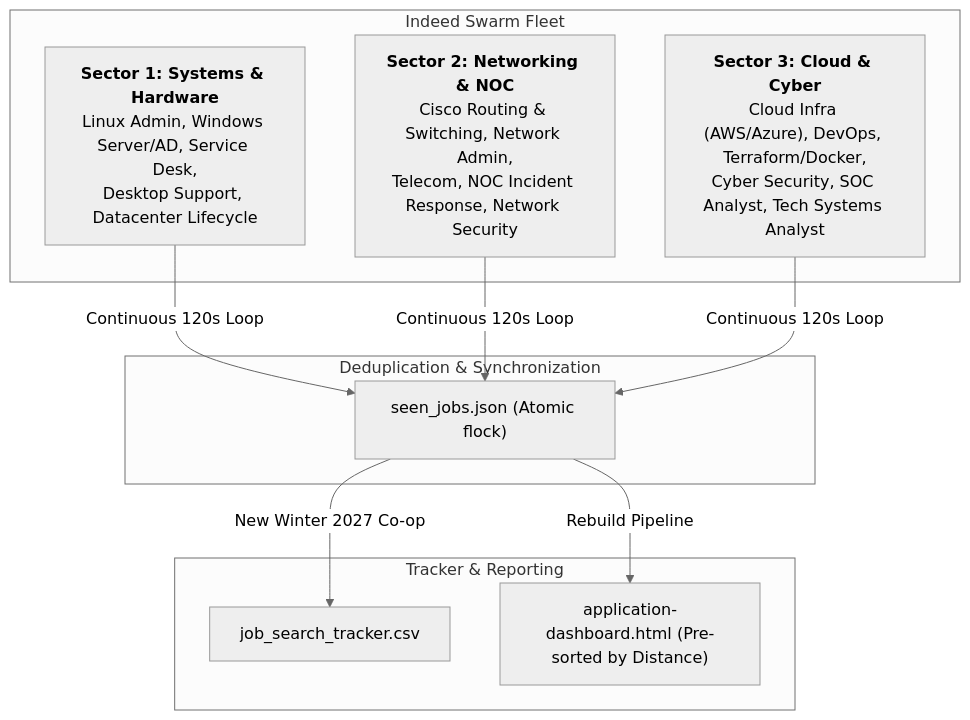
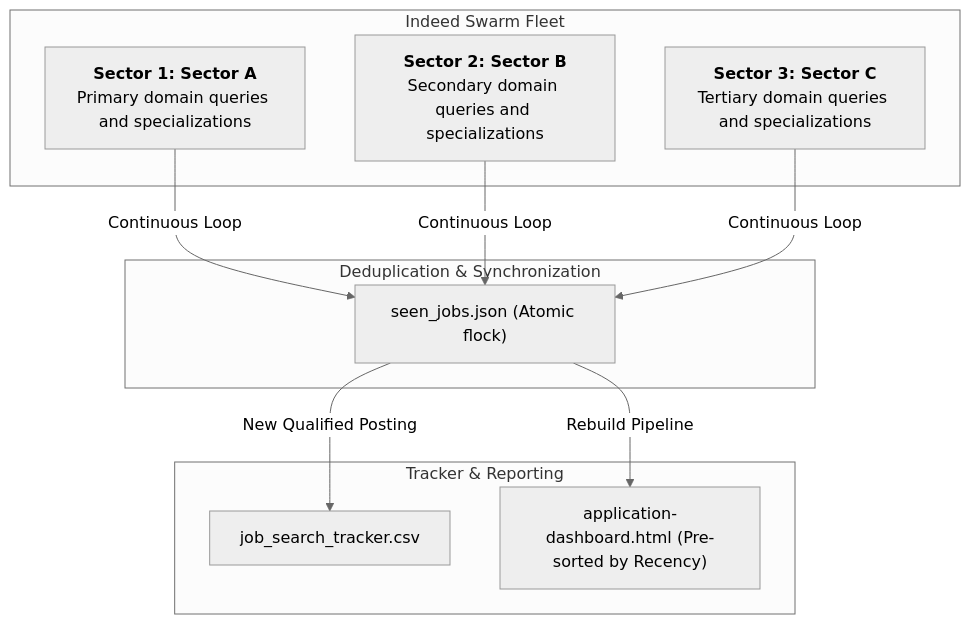
Before and after one commit to StickwoodJr/ai-job-search-enhanced: the diagram in .claude/commands/indeed-swarm-scraper.md, drawn with Mermaid (neutral theme). The commit also changed other lines of this file and 33 other files, not shown here.

````diff
--- a/.claude/commands/indeed-swarm-scraper.md
+++ b/.claude/commands/indeed-swarm-scraper.md
@@ -11,24 +11,24 @@
 ```mermaid
 graph TD
     subgraph "Indeed Swarm Fleet"
-        S1["<b>Sector 1: Systems & Hardware</b><br/>Linux Admin, Windows Server/AD, Service Desk,<br/>Desktop Support, Datacenter Lifecycle"]
-        S2["<b>Sector 2: Networking & NOC</b><br/>Cisco Routing & Switching, Network Admin,<br/>Telecom, NOC Incident Response, Network Security"]
-        S3["<b>Sector 3: Cloud & Cyber</b><br/>Cloud Infra (AWS/Azure), DevOps, Terraform/Docker,<br/>Cyber Security, SOC Analyst, Tech Systems Analyst"]
+        S1["<b>Sector 1: Sector A</b><br/>Primary domain queries and specializations"]
+        S2["<b>Sector 2: Sector B</b><br/>Secondary domain queries and specializations"]
+        S3["<b>Sector 3: Sector C</b><br/>Tertiary domain queries and specializations"]
     end
 
     subgraph "Deduplication & Synchronization"
         Lock["seen_jobs.json (Atomic flock)"]
     end
 
     subgraph "Tracker & Reporting"
         Tracker["job_search_tracker.csv"]
-        Dashboard["application-dashboard.html (Pre-sorted by Distance)"]
+        Dashboard["application-dashboard.html (Pre-sorted by Recency)"]
     end
 
-    S1 -->|Continuous 120s Loop| Lock
-    S2 -->|Continuous 120s Loop| Lock
-    S3 -->|Continuous 120s Loop| Lock
+    S1 -->|Continuous Loop| Lock
+    S2 -->|Continuous Loop| Lock
+    S3 -->|Continuous Loop| Lock
 
-    Lock -->|New Winter 2027 Co-op| Tracker
+    Lock -->|New Qualified Posting| Tracker
     Lock -->|Rebuild Pipeline| Dashboard
 ```
````
